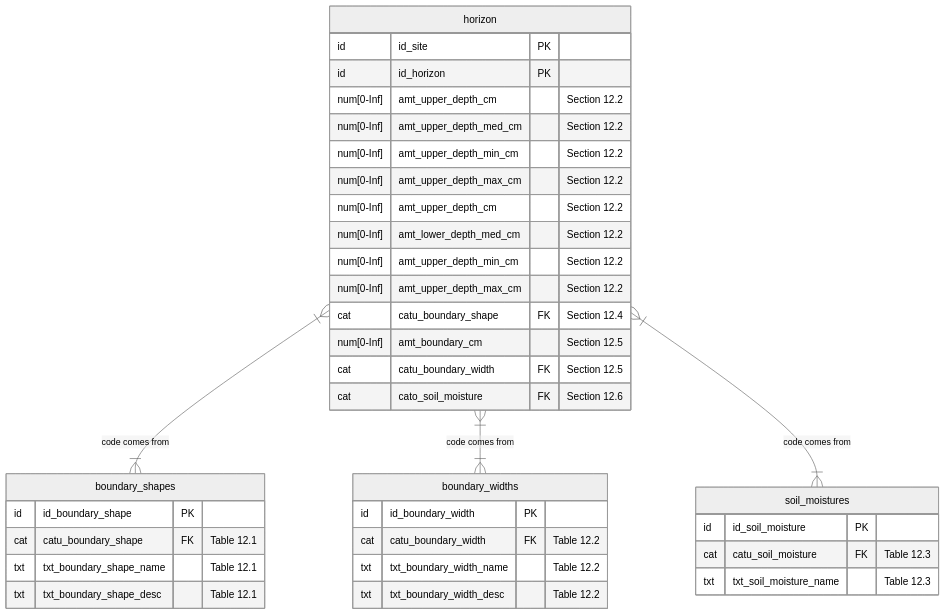
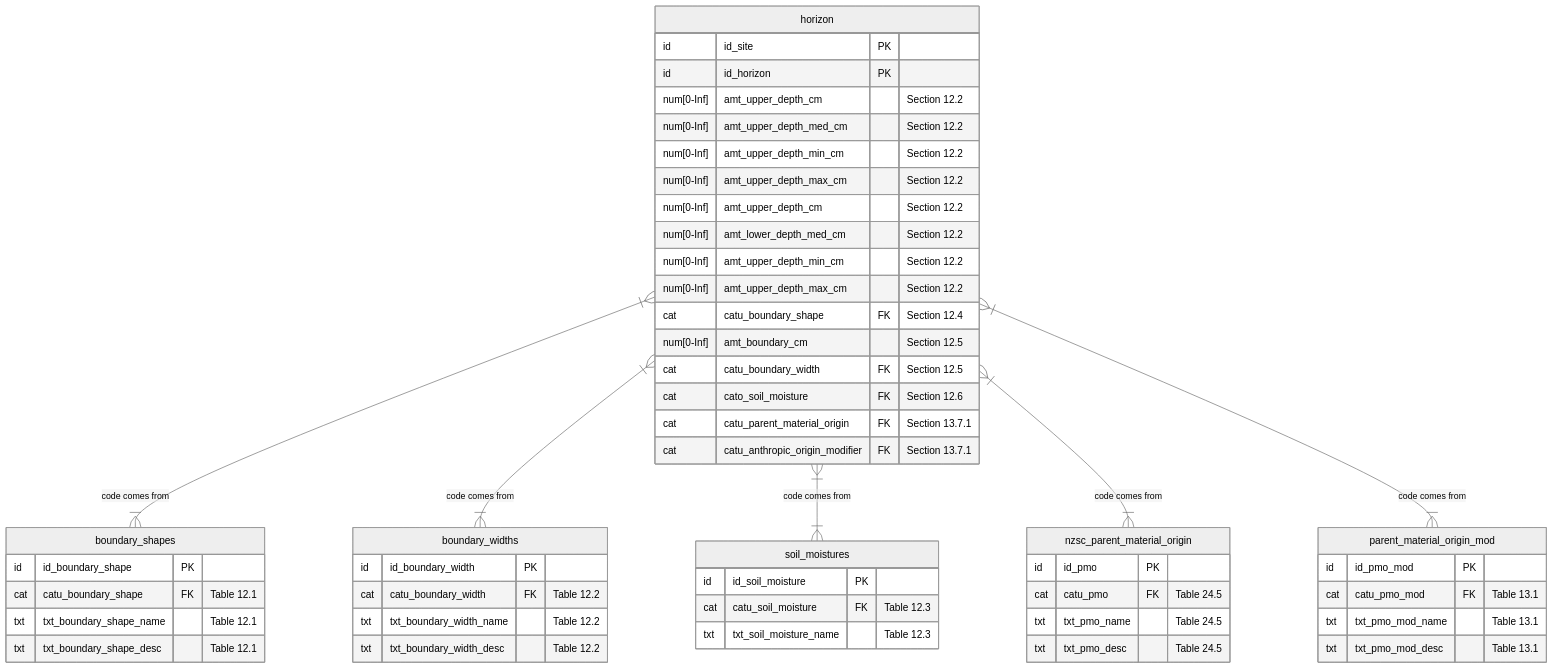
The ninth of 25 diagrams in ap_03_database_design.qmd (manaakiwhenua/NZ_soildesc_2024), drawn with Mermaid (neutral theme) before and after one commit. The commit also changed other lines of this file, not shown here.

````diff
--- a/ap_03_database_design.qmd
+++ b/ap_03_database_design.qmd
@@ -664,47 +666,66 @@
 ```{mermaid}
 %%| fig-cap: "Horizon - Details"
 
 %%{ init: { 'er': { 'layoutDirection': 'LR' } } }%%
 erDiagram
   horizon }|--|{ boundary_shapes : "code comes from"
   horizon }|--|{ boundary_widths : "code comes from"
   horizon }|--|{ soil_moistures : "code comes from"
+  horizon }|--|{ nzsc_parent_material_origin : "code comes from"
+  horizon }|--|{ parent_material_origin_mod : "code comes from"
   
   horizon {
   id         id_site PK
   id         id_horizon PK
   num[0-Inf] amt_upper_depth_cm      "Section 12.2"
   num[0-Inf] amt_upper_depth_med_cm  "Section 12.2"
   num[0-Inf] amt_upper_depth_min_cm  "Section 12.2"
   num[0-Inf] amt_upper_depth_max_cm  "Section 12.2"
   num[0-Inf] amt_upper_depth_cm      "Section 12.2"
   num[0-Inf] amt_lower_depth_med_cm  "Section 12.2"
   num[0-Inf] amt_upper_depth_min_cm  "Section 12.2"
   num[0-Inf] amt_upper_depth_max_cm  "Section 12.2"
   cat        catu_boundary_shape FK  "Section 12.4"
   num[0-Inf] amt_boundary_cm         "Section 12.5"
   cat        catu_boundary_width FK  "Section 12.5" 
   cat        cato_soil_moisture FK   "Section 12.6"
+  %% pmo %%
+  cat        catu_parent_material_origin FK    "Section 13.7.1"
+  cat        catu_anthropic_origin_modifier FK "Section 13.7.1"
   }
   
   boundary_shapes {
     id          id_boundary_shape PK
     cat         catu_boundary_shape FK       "Table 12.1"
     txt         txt_boundary_shape_name      "Table 12.1"
     txt         txt_boundary_shape_desc      "Table 12.1"
   }
  
   boundary_widths {
     id          id_boundary_width PK
     cat         catu_boundary_width FK       "Table 12.2"
     txt         txt_boundary_width_name      "Table 12.2"
     txt         txt_boundary_width_desc      "Table 12.2"
   } 
   
   soil_moistures {
     id          id_soil_moisture PK
     cat         catu_soil_moisture FK       "Table 12.3"
     txt         txt_soil_moisture_name      "Table 12.3"
   }
   
+  nzsc_parent_material_origin {
+    id          id_pmo PK
+    cat         catu_pmo FK             "Table 24.5"
+    txt         txt_pmo_name            "Table 24.5"
+    txt         txt_pmo_desc            "Table 24.5"  
+  }
+  
+  parent_material_origin_mod {
+    id          id_pmo_mod PK
+    cat         catu_pmo_mod FK         "Table 13.1"
+    txt         txt_pmo_mod_name        "Table 13.1"
+    txt         txt_pmo_mod_desc        "Table 13.1"  
+  }
+  
 ```
````
